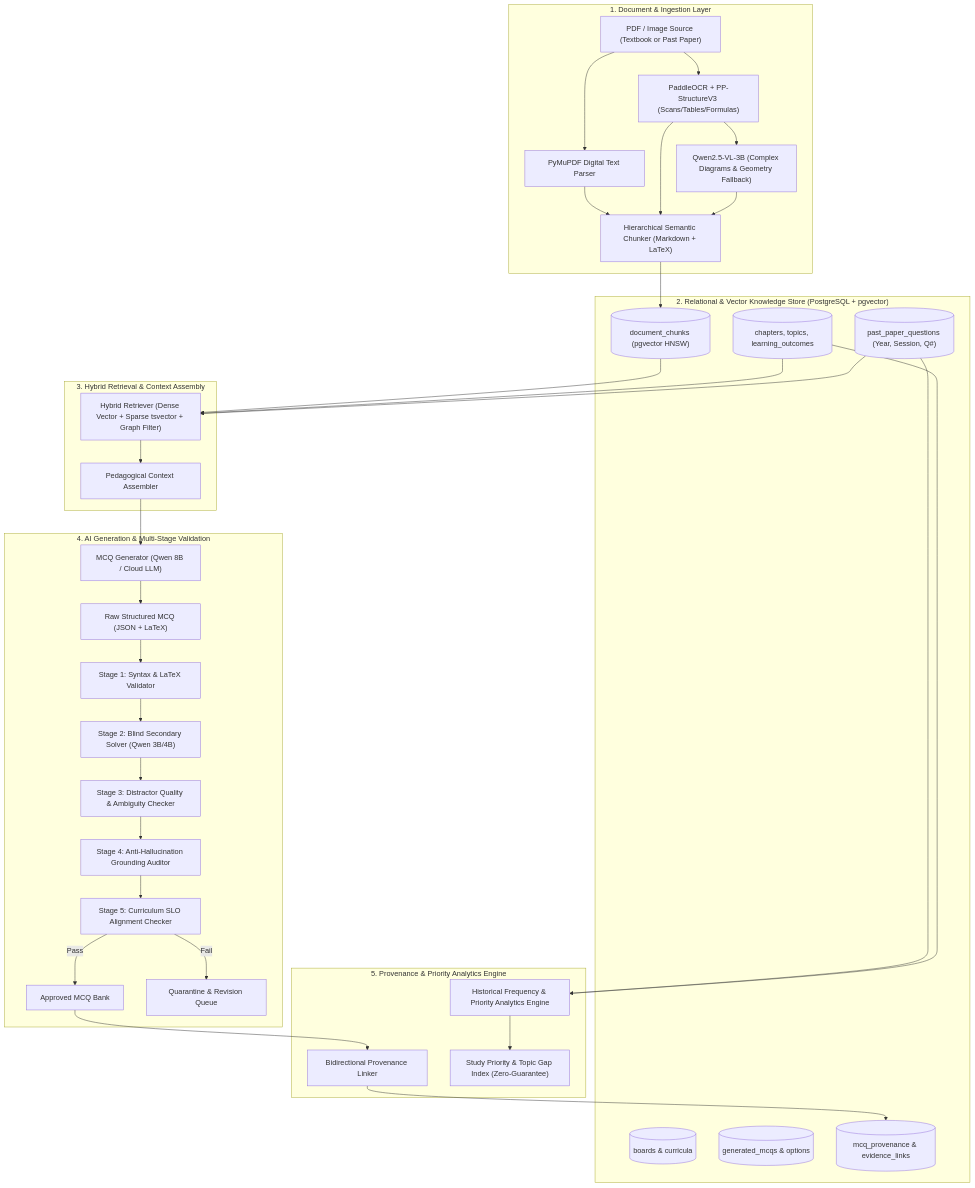
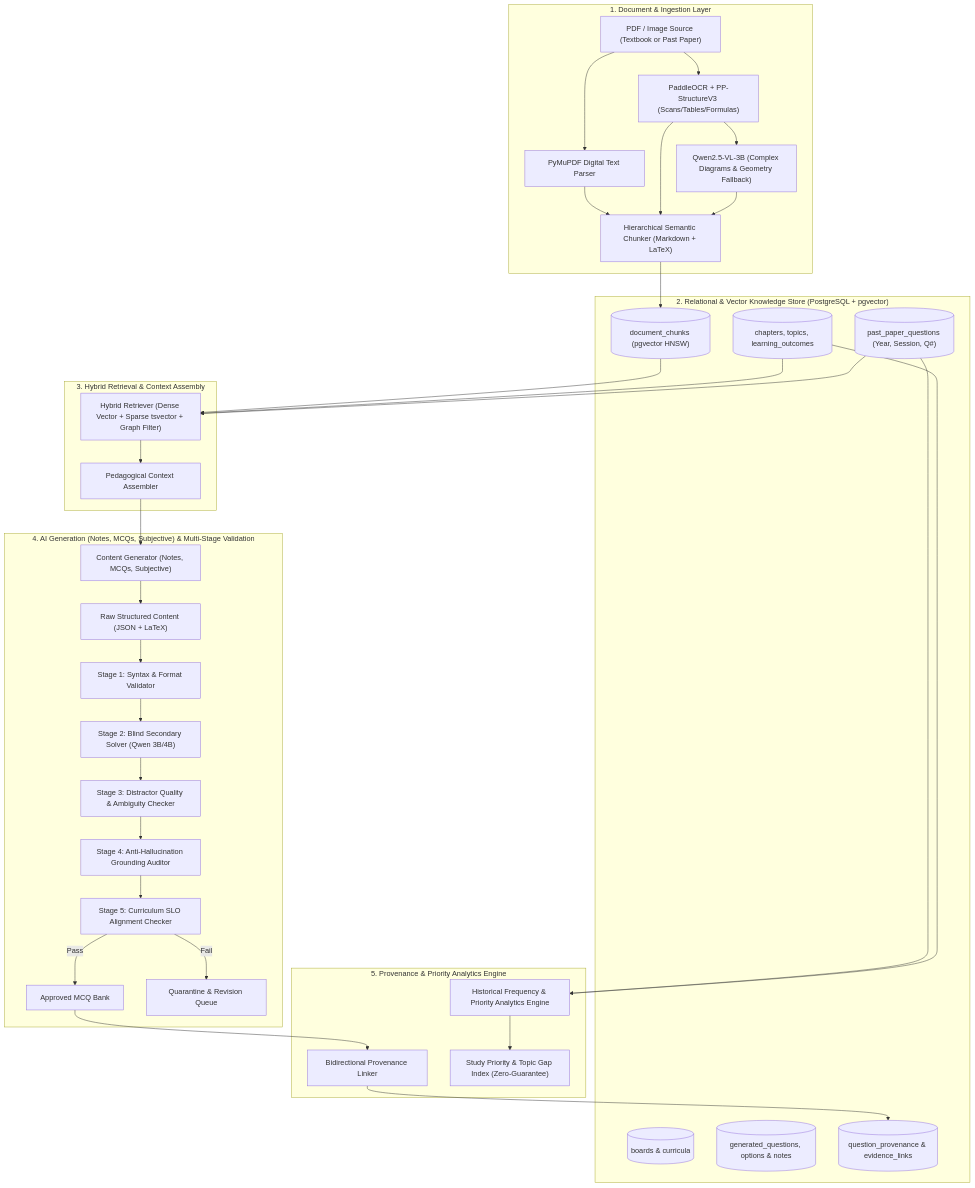
One commit to ali-muhammad-salim/education-mcq-ai changed the first of 5 diagrams in docs/ARCHITECTURE.md. Above: the diagram before and after it, drawn with Mermaid. The commit also changed other lines of this file and 555 other files, not shown here.

````diff
--- a/docs/ARCHITECTURE.md
+++ b/docs/ARCHITECTURE.md
@@ -16,44 +16,44 @@
 ```mermaid
 flowchart TB
     subgraph Ingestion_Layer["1. Document & Ingestion Layer"]
         PDF["PDF / Image Source (Textbook or Past Paper)"] --> Parser["PyMuPDF Digital Text Parser"]
         PDF --> OCR["PaddleOCR + PP-StructureV3 (Scans/Tables/Formulas)"]
         OCR --> VisionFallback["Qwen2.5-VL-3B (Complex Diagrams & Geometry Fallback)"]
         Parser & OCR & VisionFallback --> Chunker["Hierarchical Semantic Chunker (Markdown + LaTeX)"]
     end
 
     subgraph Data_Storage["2. Relational & Vector Knowledge Store (PostgreSQL + pgvector)"]
         Chunker --> DB_Chunks[("document_chunks (pgvector HNSW)")]
         DB_Boards[("boards & curricula")]
         DB_Ontology[("chapters, topics, learning_outcomes")]
         DB_PastPapers[("past_paper_questions (Year, Session, Q#)")]
-        DB_MCQs[("generated_mcqs & options")]
-        DB_Provenance[("mcq_provenance & evidence_links")]
+        DB_Questions[("generated_questions, options & notes")]
+        DB_Provenance[("question_provenance & evidence_links")]
     end
 
     subgraph Retrieval_Engine["3. Hybrid Retrieval & Context Assembly"]
         DB_Chunks & DB_Ontology & DB_PastPapers --> HybridRetriever["Hybrid Retriever (Dense Vector + Sparse tsvector + Graph Filter)"]
         HybridRetriever --> ContextPacker["Pedagogical Context Assembler"]
     end
 
-    subgraph Generation_Validation["4. AI Generation & Multi-Stage Validation"]
-        ContextPacker --> Generator["MCQ Generator (Qwen 8B / Cloud LLM)"]
-        Generator --> RawMCQ["Raw Structured MCQ (JSON + LaTeX)"]
+    subgraph Generation_Validation["4. AI Generation (Notes, MCQs, Subjective) & Multi-Stage Validation"]
+        ContextPacker --> Generator["Content Generator (Notes, MCQs, Subjective)"]
+        Generator --> RawOutput["Raw Structured Content (JSON + LaTeX)"]
         
-        RawMCQ --> Val1["Stage 1: Syntax & LaTeX Validator"]
+        RawOutput --> Val1["Stage 1: Syntax & Format Validator"]
         Val1 --> Val2["Stage 2: Blind Secondary Solver (Qwen 3B/4B)"]
         Val2 --> Val3["Stage 3: Distractor Quality & Ambiguity Checker"]
         Val3 --> Val4["Stage 4: Anti-Hallucination Grounding Auditor"]
         Val4 --> Val5["Stage 5: Curriculum SLO Alignment Checker"]
         
         Val5 -->|Pass| ApprovedStore["Approved MCQ Bank"]
         Val5 -->|Fail| QuarantineStore["Quarantine & Revision Queue"]
     end
 
     subgraph Provenance_Analytics["5. Provenance & Priority Analytics Engine"]
         ApprovedStore --> ProvLinker["Bidirectional Provenance Linker"]
         ProvLinker --> DB_Provenance
         DB_PastPapers & DB_Ontology --> PriorityEngine["Historical Frequency & Priority Analytics Engine"]
         PriorityEngine --> StudyIndex["Study Priority & Topic Gap Index (Zero-Guarantee)"]
     end
 ```
````
